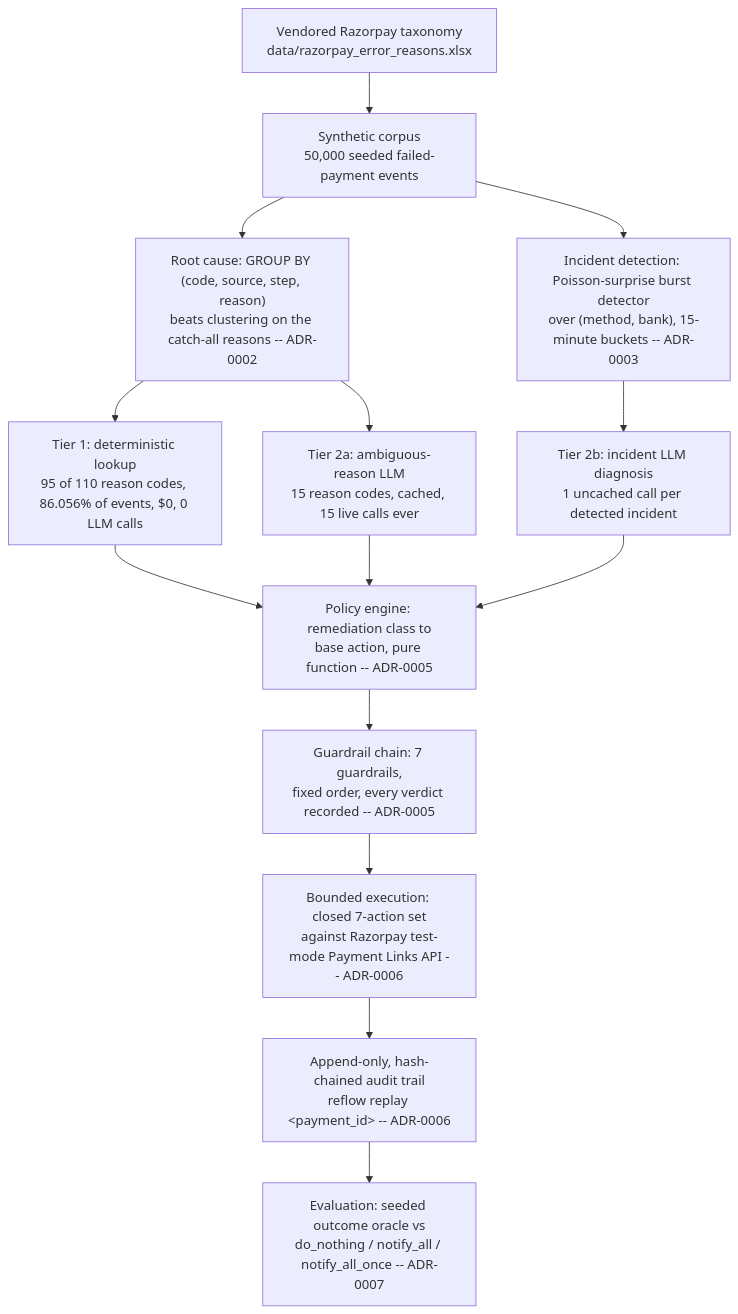
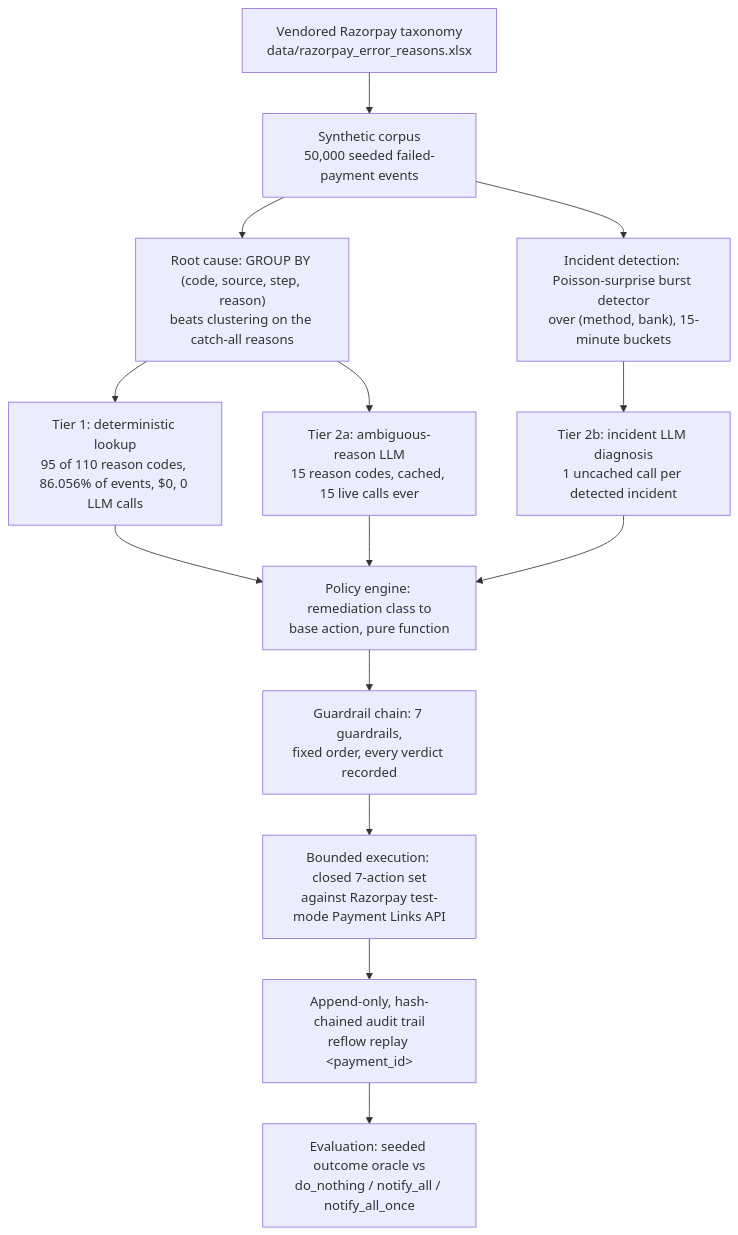
The first of 2 diagrams in README.md (pranam-s/Reflow), drawn with Mermaid before and after one commit. The commit also changed other lines of this file and 5 other files, not shown here.

````diff
--- a/README.md
+++ b/README.md
@@ -60,16 +52,16 @@
 ```mermaid
 flowchart TD
     TAX["Vendored Razorpay taxonomy<br/>data/razorpay_error_reasons.xlsx"] --> CORPUS["Synthetic corpus<br/>50,000 seeded failed-payment events"]
-    CORPUS --> ROOTCAUSE["Root cause: GROUP BY (code, source, step, reason)<br/>beats clustering on the catch-all reasons -- ADR-0002"]
-    CORPUS --> INCIDENT["Incident detection: Poisson-surprise burst detector<br/>over (method, bank), 15-minute buckets -- ADR-0003"]
+    CORPUS --> ROOTCAUSE["Root cause: GROUP BY (code, source, step, reason)<br/>beats clustering on the catch-all reasons"]
+    CORPUS --> INCIDENT["Incident detection: Poisson-surprise burst detector<br/>over (method, bank), 15-minute buckets"]
     ROOTCAUSE --> TIER1["Tier 1: deterministic lookup<br/>95 of 110 reason codes, 86.056% of events, $0, 0 LLM calls"]
     ROOTCAUSE --> TIER2A["Tier 2a: ambiguous-reason LLM<br/>15 reason codes, cached, 15 live calls ever"]
     INCIDENT --> TIER2B["Tier 2b: incident LLM diagnosis<br/>1 uncached call per detected incident"]
-    TIER1 --> POLICY["Policy engine: remediation class to<br/>base action, pure function -- ADR-0005"]
+    TIER1 --> POLICY["Policy engine: remediation class to<br/>base action, pure function"]
     TIER2A --> POLICY
     TIER2B --> POLICY
-    POLICY --> GUARDRAILS["Guardrail chain: 7 guardrails,<br/>fixed order, every verdict recorded -- ADR-0005"]
-    GUARDRAILS --> EXECUTE["Bounded execution: closed 7-action set<br/>against Razorpay test-mode Payment Links API -- ADR-0006"]
-    EXECUTE --> AUDIT["Append-only, hash-chained audit trail<br/>reflow replay &lt;payment_id&gt; -- ADR-0006"]
-    AUDIT --> EVAL["Evaluation: seeded outcome oracle vs<br/>do_nothing / notify_all / notify_all_once -- ADR-0007"]
+    POLICY --> GUARDRAILS["Guardrail chain: 7 guardrails,<br/>fixed order, every verdict recorded"]
+    GUARDRAILS --> EXECUTE["Bounded execution: closed 7-action set<br/>against Razorpay test-mode Payment Links API"]
+    EXECUTE --> AUDIT["Append-only, hash-chained audit trail<br/>reflow replay &lt;payment_id&gt;"]
+    AUDIT --> EVAL["Evaluation: seeded outcome oracle vs<br/>do_nothing / notify_all / notify_all_once"]
 ```
````
